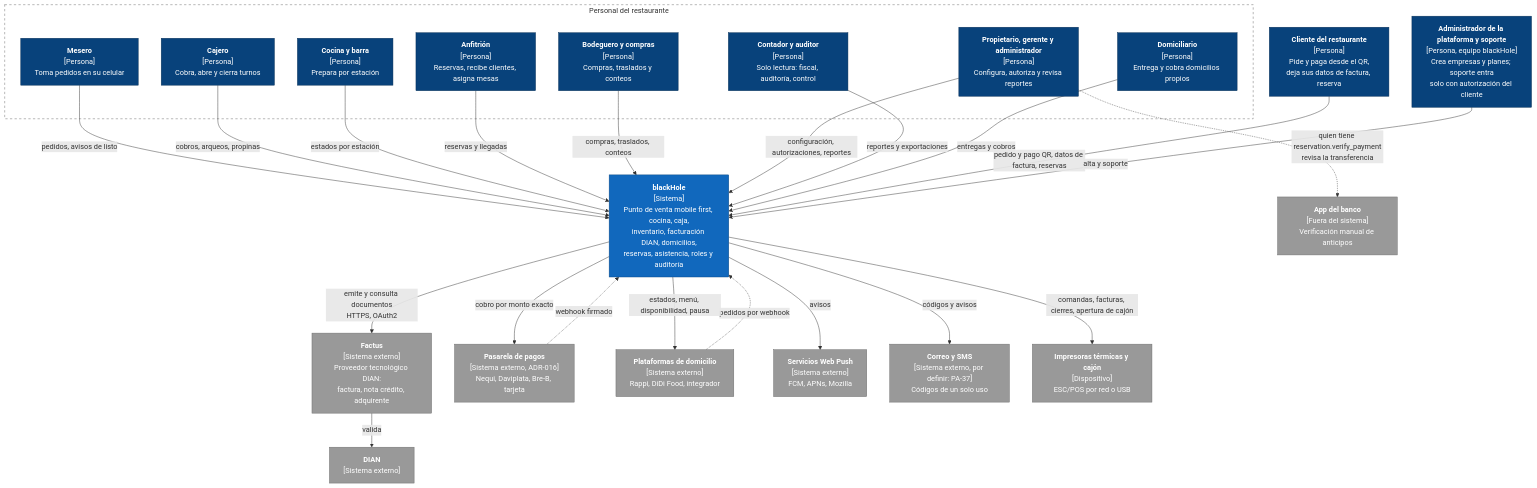
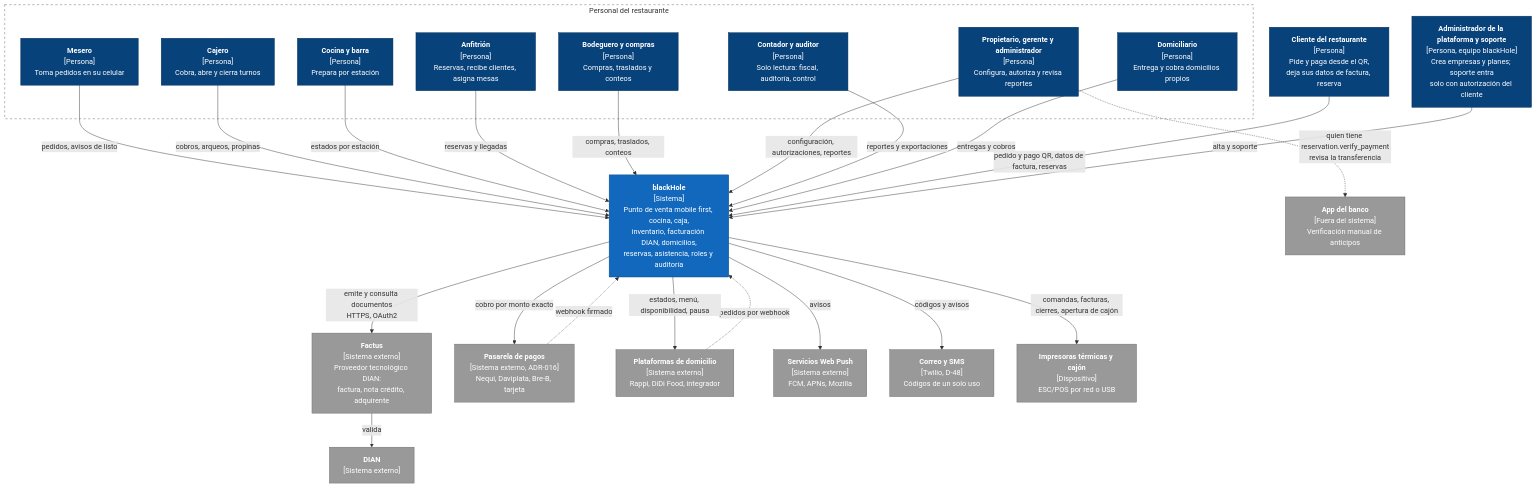
Before and after one commit to CesarJOtizM/blackHole: the first of 4 diagrams in docs/arquitectura/c4-contexto-y-contenedores.md, drawn with Mermaid. The commit also changed other lines of this file and 9 other files, not shown here.

````diff
--- a/docs/arquitectura/c4-contexto-y-contenedores.md
+++ b/docs/arquitectura/c4-contexto-y-contenedores.md
@@ -15,54 +15,54 @@
 ```mermaid
 flowchart TB
   subgraph Personal["Personal del restaurante"]
     MES["<b>Mesero</b><br/>[Persona]<br/>Toma pedidos en su celular"]:::persona
     CAJ["<b>Cajero</b><br/>[Persona]<br/>Cobra, abre y cierra turnos"]:::persona
     COC["<b>Cocina y barra</b><br/>[Persona]<br/>Prepara por estación"]:::persona
     ANF["<b>Anfitrión</b><br/>[Persona]<br/>Reservas, recibe clientes, asigna mesas"]:::persona
     BOD["<b>Bodeguero y compras</b><br/>[Persona]<br/>Compras, traslados y conteos"]:::persona
     ADM["<b>Propietario, gerente y administrador</b><br/>[Persona]<br/>Configura, autoriza y revisa reportes"]:::persona
     CON["<b>Contador y auditor</b><br/>[Persona]<br/>Solo lectura: fiscal, auditoría, control"]:::persona
     DOM["<b>Domiciliario</b><br/>[Persona]<br/>Entrega y cobra domicilios propios"]:::persona
   end
 
   CLI["<b>Cliente del restaurante</b><br/>[Persona]<br/>Pide y paga desde el QR,<br/>deja sus datos de factura, reserva"]:::persona
   SOP["<b>Administrador de la plataforma y soporte</b><br/>[Persona, equipo blackHole]<br/>Crea empresas y planes; soporte entra<br/>solo con autorización del cliente"]:::persona
 
   BH["<b>blackHole</b><br/>[Sistema]<br/>Punto de venta mobile first, cocina, caja,<br/>inventario, facturación DIAN, domicilios,<br/>reservas, asistencia, roles y auditoría"]:::sistema
 
   FAC["<b>Factus</b><br/>[Sistema externo]<br/>Proveedor tecnológico DIAN:<br/>factura, nota crédito, adquirente"]:::externo
   DIAN["<b>DIAN</b><br/>[Sistema externo]"]:::externo
   PAS["<b>Pasarela de pagos</b><br/>[Sistema externo, ADR-016]<br/>Nequi, Daviplata, Bre-B, tarjeta"]:::externo
   PLAT["<b>Plataformas de domicilio</b><br/>[Sistema externo]<br/>Rappi, DiDi Food, integrador"]:::externo
   PUSH["<b>Servicios Web Push</b><br/>[Sistema externo]<br/>FCM, APNs, Mozilla"]:::externo
-  MSG["<b>Correo y SMS</b><br/>[Sistema externo, por definir: PA-37]<br/>Códigos de un solo uso"]:::externo
+  MSG["<b>Correo y SMS</b><br/>[Twilio, D-48]<br/>Códigos de un solo uso"]:::externo
   IMP["<b>Impresoras térmicas y cajón</b><br/>[Dispositivo]<br/>ESC/POS por red o USB"]:::externo
   BANCO["<b>App del banco</b><br/>[Fuera del sistema]<br/>Verificación manual de anticipos"]:::externo
 
   MES -- "pedidos, avisos de listo" --> BH
   CAJ -- "cobros, arqueos, propinas" --> BH
   COC -- "estados por estación" --> BH
   ANF -- "reservas y llegadas" --> BH
   BOD -- "compras, traslados, conteos" --> BH
   ADM -- "configuración, autorizaciones, reportes" --> BH
   CON -- "reportes y exportaciones" --> BH
   DOM -- "entregas y cobros" --> BH
   CLI -- "pedido y pago QR, datos de factura, reservas" --> BH
   SOP -- "alta y soporte" --> BH
 
   BH -- "emite y consulta documentos<br/>HTTPS, OAuth2" --> FAC
   FAC -- "valida" --> DIAN
   BH -- "cobro por monto exacto" --> PAS
   PAS -. "webhook firmado" .-> BH
   PLAT -. "pedidos por webhook" .-> BH
   BH -- "estados, menú, disponibilidad, pausa" --> PLAT
   BH -- "avisos" --> PUSH
   BH -- "códigos y avisos" --> MSG
   BH -- "comandas, facturas, cierres, apertura de cajón" --> IMP
   ADM -. "quien tiene reservation.verify_payment<br/>revisa la transferencia" .-> BANCO
 
   classDef persona fill:#08427b,stroke:#052e56,color:#fff
   classDef sistema fill:#1168bd,stroke:#0b4884,color:#fff
   classDef externo fill:#999999,stroke:#6b6b6b,color:#fff
   style Personal fill:none,stroke:#666,stroke-dasharray: 5 5
 ```
````
